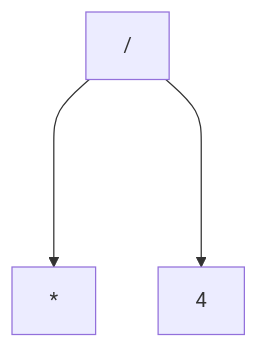
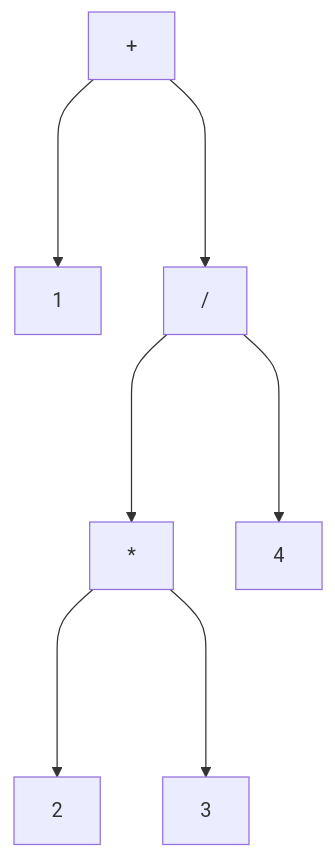
One commit to MathotaGamma/MathotaGamma.github.io changed the diagram in document/math-expression-parser.md. Above: the diagram before and after it, drawn with Mermaid.

````diff
--- a/document/math-expression-parser.md
+++ b/document/math-expression-parser.md
@@ -316,6 +316,10 @@
 ```mermaid
 flowchart TD
-  A["/"]
-  A ----> B["*"]
-  A ----> C["4"]
+  A["+"]
+  A ----> B["1"]
+  A ----> C["/"]
+  C ----> D["*"]
+  C ----> E["4"]
+  D ----> F["2"]
+  D ----> G["3"]
 ```
````
